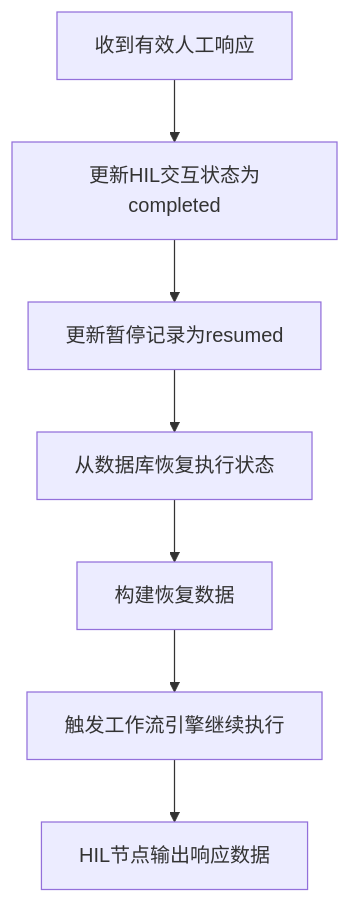
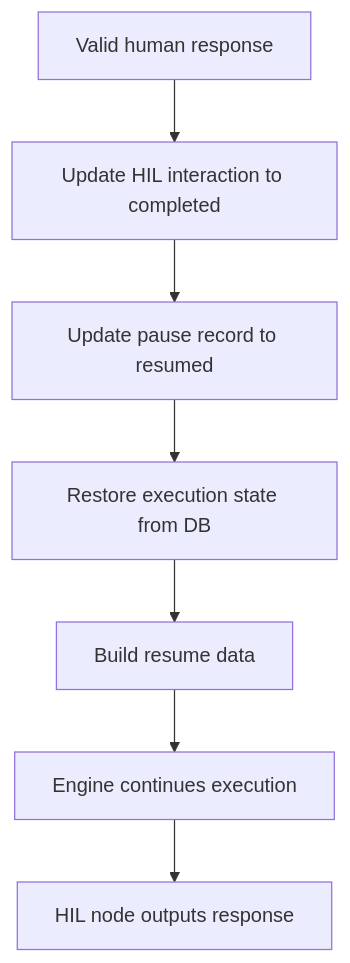
The fourth of 5 diagrams in docs/tech-design/new_workflow_spec.md (CurvatureX/agent_team_monorepo), drawn with Mermaid before and after one commit. The commit also changed other lines of this file and 22 other files, not shown here.

````diff
--- a/docs/tech-design/new_workflow_spec.md
+++ b/docs/tech-design/new_workflow_spec.md
@@ -1032,9 +1304,9 @@
 ```mermaid
 graph TD
-    A[收到有效人工响应] --> B[更新HIL交互状态为completed]
-    B --> C[更新暂停记录为resumed]
-    C --> D[从数据库恢复执行状态]
-    D --> E[构建恢复数据]
-    E --> F[触发工作流引擎继续执行]
-    F --> G[HIL节点输出响应数据]
+    A[Valid human response] --> B[Update HIL interaction to completed]
+    B --> C[Update pause record to resumed]
+    C --> D[Restore execution state from DB]
+    D --> E[Build resume data]
+    E --> F[Engine continues execution]
+    F --> G[HIL node outputs response]
 ```
````
